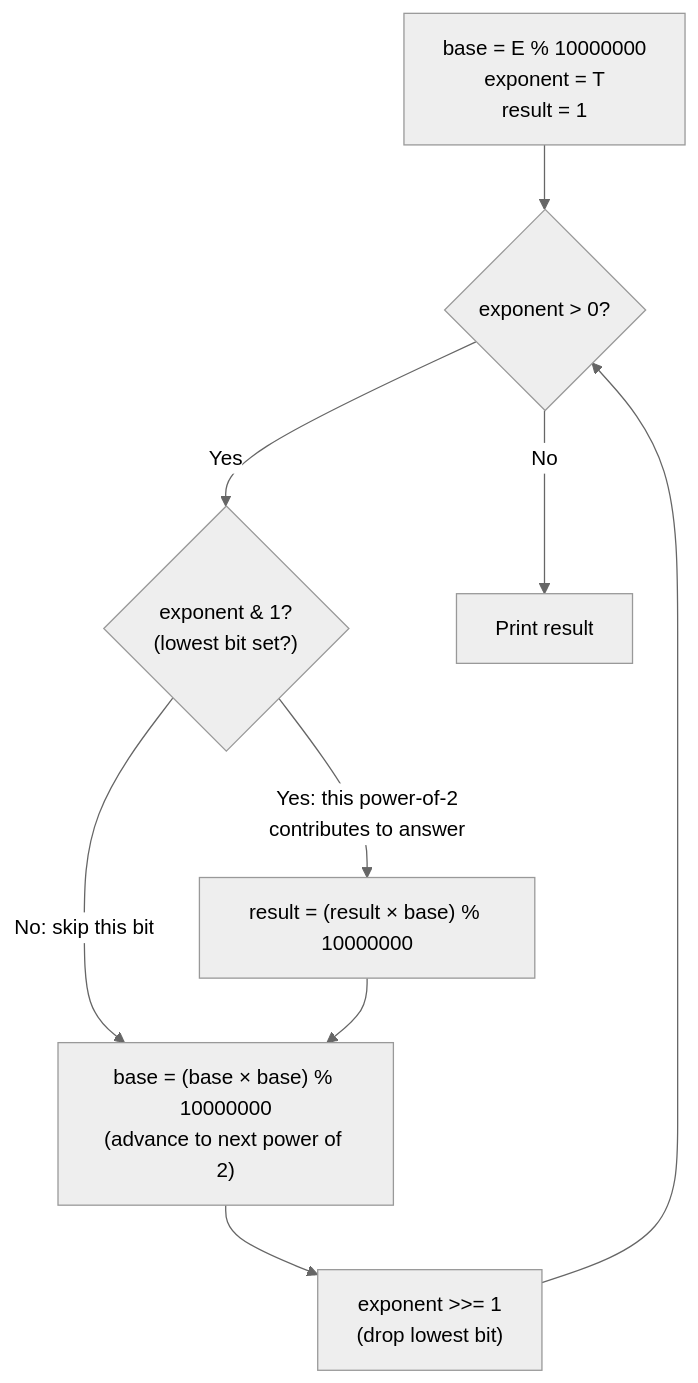
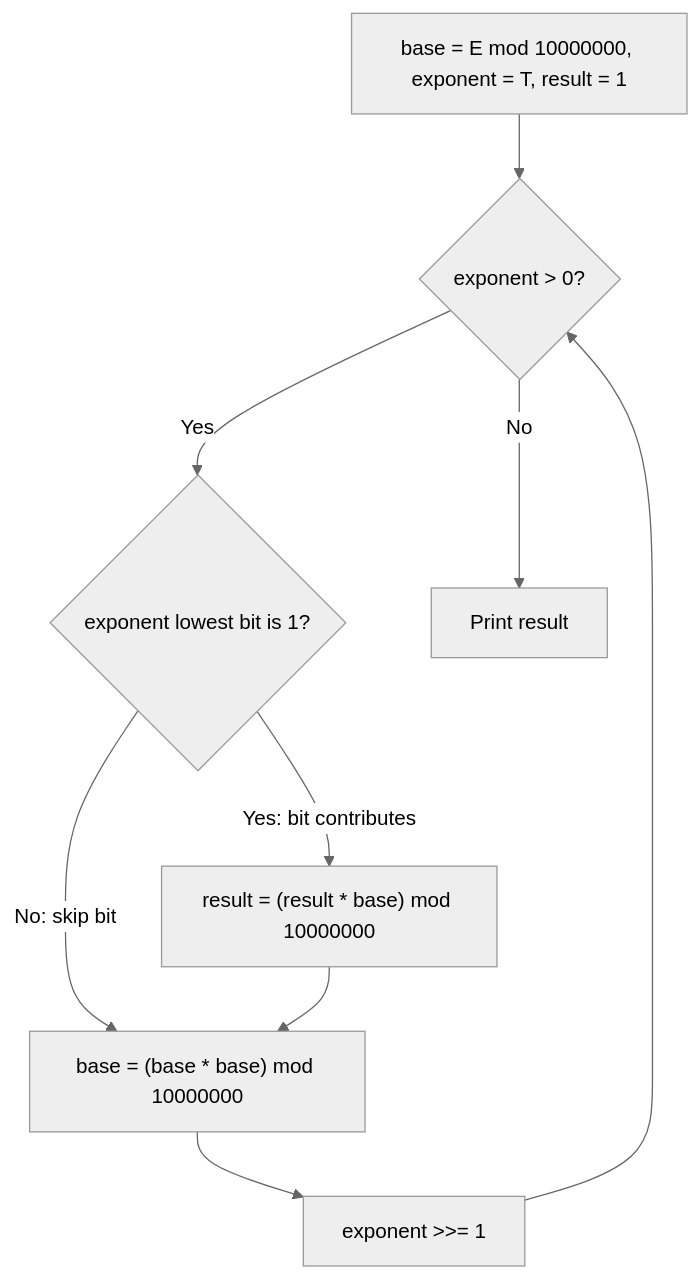
One commit to 2ru17/Project-Engram changed the diagram in content/Main Notes/3rd Year/Term 1/CSALGCM/Module 2 - Divide and Conquer/Problem Sets/[PS] Priestess Arcana Problems/04 - POWAH UNLIMITED POWAH.md. Above: the diagram before and after it, drawn with Mermaid (neutral theme). The commit also changed other lines of this file and 84 other files, not shown here.

````diff
--- a/content/Main Notes/3rd Year/Term 1/CSALGCM/Module 2 - Divide and Conquer/Problem Sets/[PS] Priestess Arcana Problems/04 - POWAH UNLIMITED POWAH.md
+++ b/content/Main Notes/3rd Year/Term 1/CSALGCM/Module 2 - Divide and Conquer/Problem Sets/[PS] Priestess Arcana Problems/04 - POWAH UNLIMITED POWAH.md
@@ -126,15 +147,11 @@
 ```mermaid
 flowchart TD
-    Start["base = E % 10000000\nexponent = T\nresult = 1"] --> Loop
-
-    Loop{"exponent > 0?"}
-    Loop -->|Yes| OddCheck{"exponent & 1?\n(lowest bit set?)"}
-    Loop -->|No| End["Print result"]
-
-    OddCheck -->|"Yes: this power-of-2\ncontributes to answer"| Multiply["result = (result × base) % 10000000"]
-    OddCheck -->|"No: skip this bit"| Square
-
-    Multiply --> Square["base = (base × base) % 10000000\n(advance to next power of 2)"]
-    Square --> Halve["exponent >>= 1\n(drop lowest bit)"]
+    Start["base = E mod 10000000, exponent = T, result = 1"] --> Loop{"exponent > 0?"}
+    Loop -->|"Yes"| OddCheck{"exponent lowest bit is 1?"}
+    Loop -->|"No"| End["Print result"]
+    OddCheck -->|"Yes: bit contributes"| Multiply["result = (result * base) mod 10000000"]
+    OddCheck -->|"No: skip bit"| Square["base = (base * base) mod 10000000"]
+    Multiply --> Square
+    Square --> Halve["exponent >>= 1"]
     Halve --> Loop
 ```
````
